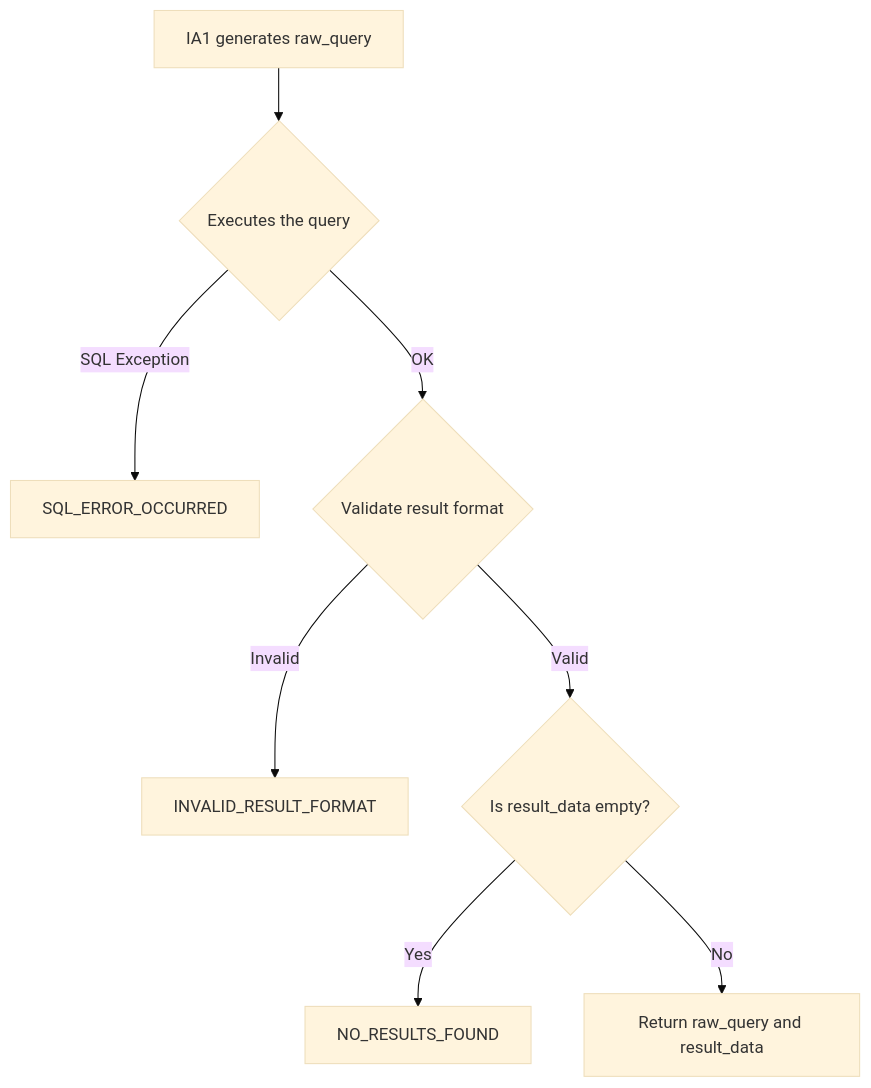
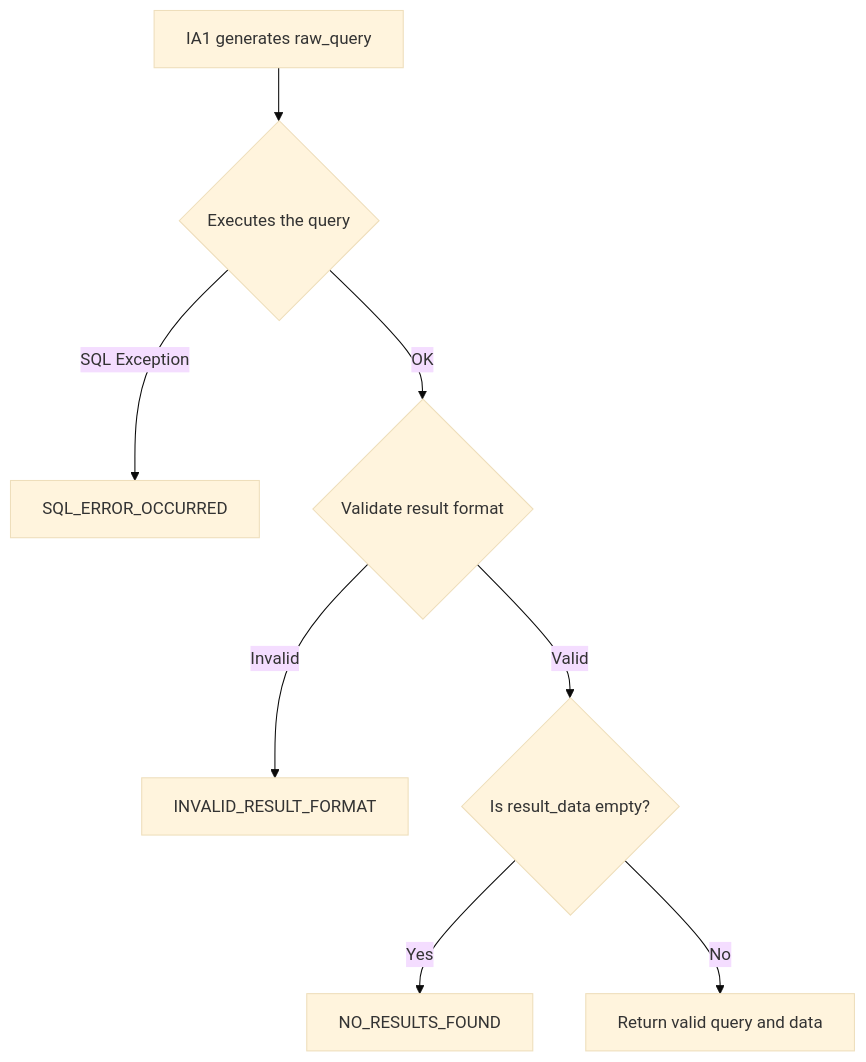
The second of 4 diagrams in README.md (raphael-santosz/LangQueryGen), drawn with Mermaid (base theme) before and after one commit. The commit also changed other lines of this file, not shown here.

````diff
--- a/README.md
+++ b/README.md
@@ -103,10 +112,10 @@
 ```mermaid
 flowchart TD
     A[IA1 generates raw_query] --> B{Executes the query}
-    B -->|SQL Exception| C["SQL_ERROR_OCCURRED"]
+    B -->|SQL Exception| C[SQL_ERROR_OCCURRED]
     B -->|OK| D{Validate result format}
-    D -->|Invalid| E["INVALID_RESULT_FORMAT"]
+    D -->|Invalid| E[INVALID_RESULT_FORMAT]
     D -->|Valid| F{Is result_data empty?}
-    F -->|Yes| G["NO_RESULTS_FOUND"]
-    F -->|No| H["Return raw_query and result_data"]
+    F -->|Yes| G[NO_RESULTS_FOUND]
+    F -->|No| H[Return valid query and data]
 ```
````
